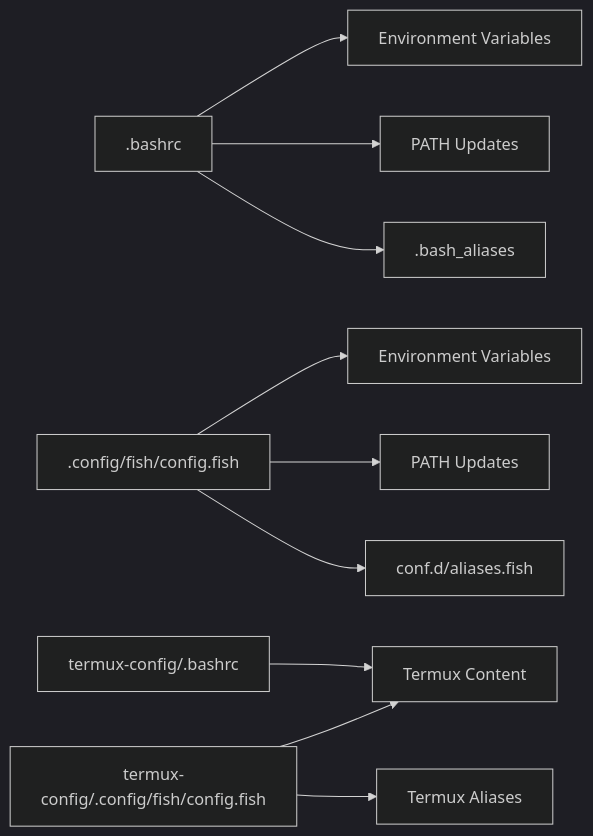
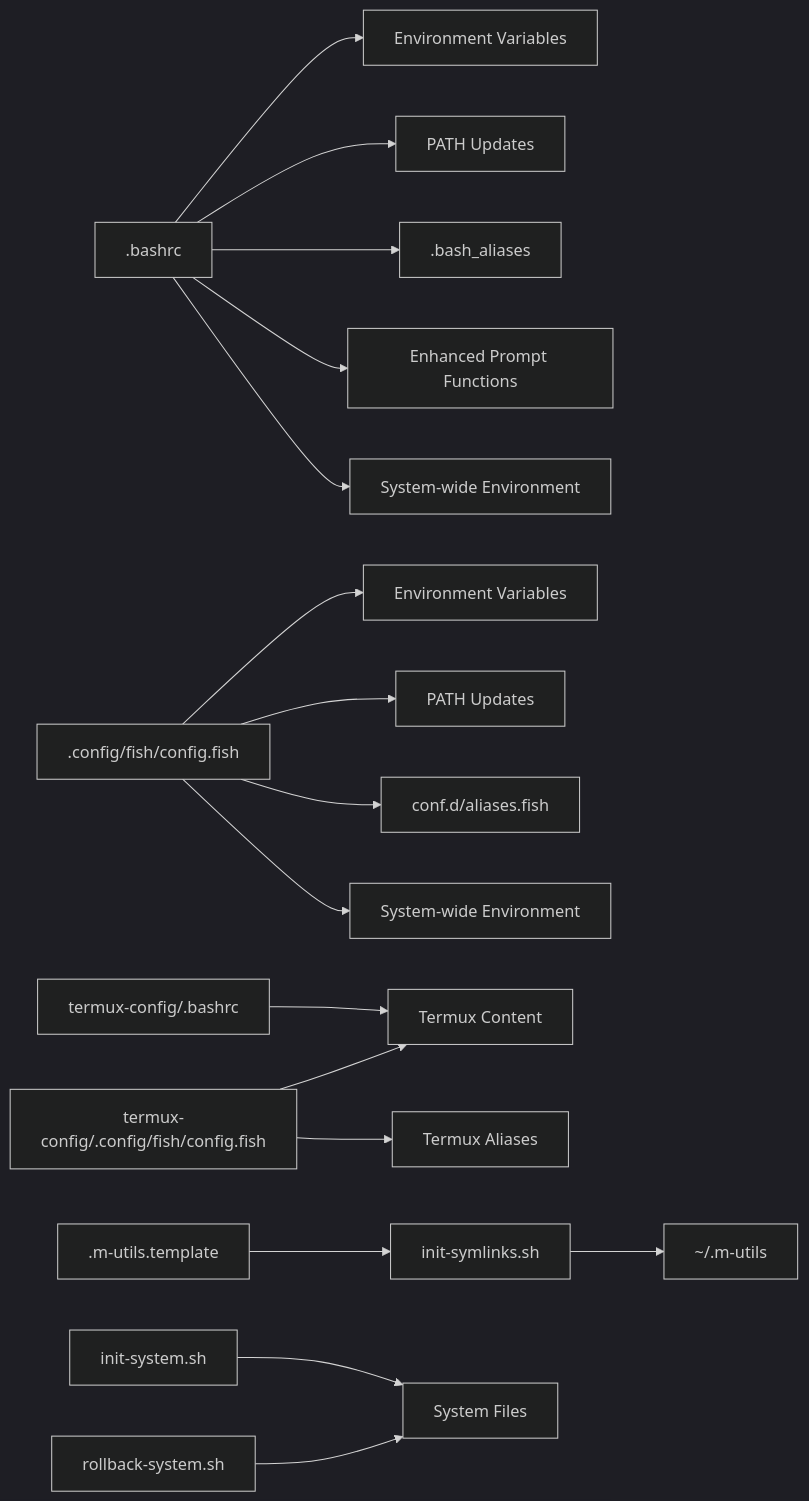
Diagram 13 of 13 in .qoder/repowiki/en/content/Shell Configurations/Shell Configurations.md (cr8ivecodesmith/dotfiles), drawn with Mermaid (dark theme) before and after one commit. The commit also changed other lines of this file and 5 other files, not shown here.

First line of the commit message:
docs(shell-config): update Bash and Fish shell configurations documentation

````diff
--- a/.qoder/repowiki/en/content/Shell Configurations/Shell Configurations.md
+++ b/.qoder/repowiki/en/content/Shell Configurations/Shell Configurations.md
@@ -421,12 +631,19 @@
 ```mermaid
 graph LR
 Bash[".bashrc"] --> EnvB["Environment Variables"]
 Bash --> PATHB["PATH Updates"]
 Bash --> AliB[".bash_aliases"]
+Bash --> PromptB["Enhanced Prompt Functions"]
+Bash --> SysEnvB["System-wide Environment"]
 Fish[".config/fish/config.fish"] --> EnvF["Environment Variables"]
 Fish --> PATHF["PATH Updates"]
 Fish --> AliF["conf.d/aliases.fish"]
+Fish --> SysEnvF["System-wide Environment"]
 TBash["termux-config/.bashrc"] --> TEnv["Termux Content"]
 TFish["termux-config/.config/fish/config.fish"] --> TAli["Termux Aliases"]
 TFish --> TEnv
+Template[".m-utils.template"] --> InitS["init-symlinks.sh"]
+InitS --> UserCfg["~/.m-utils"]
+InitSys["init-system.sh"] --> SysFiles["System Files"]
+Rollback["rollback-system.sh"] --> SysFiles
 ```
````
